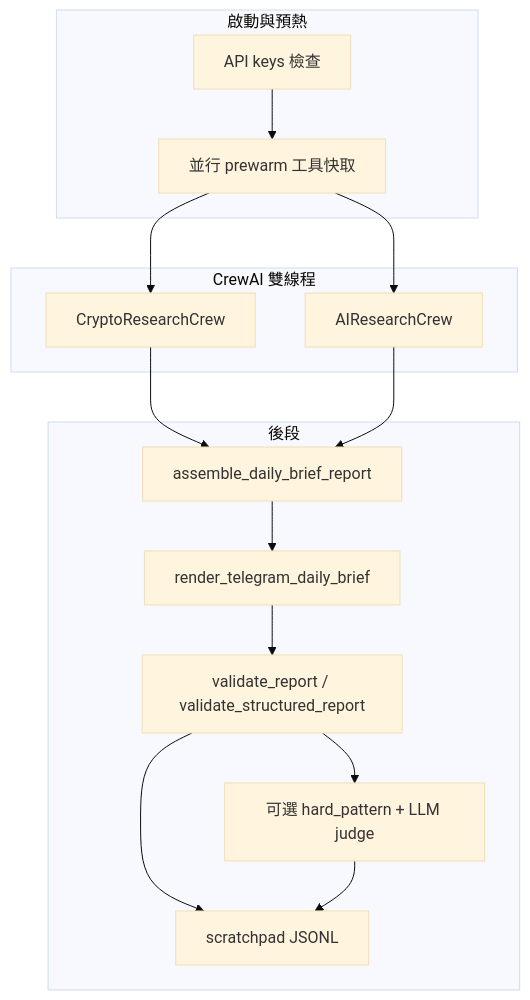
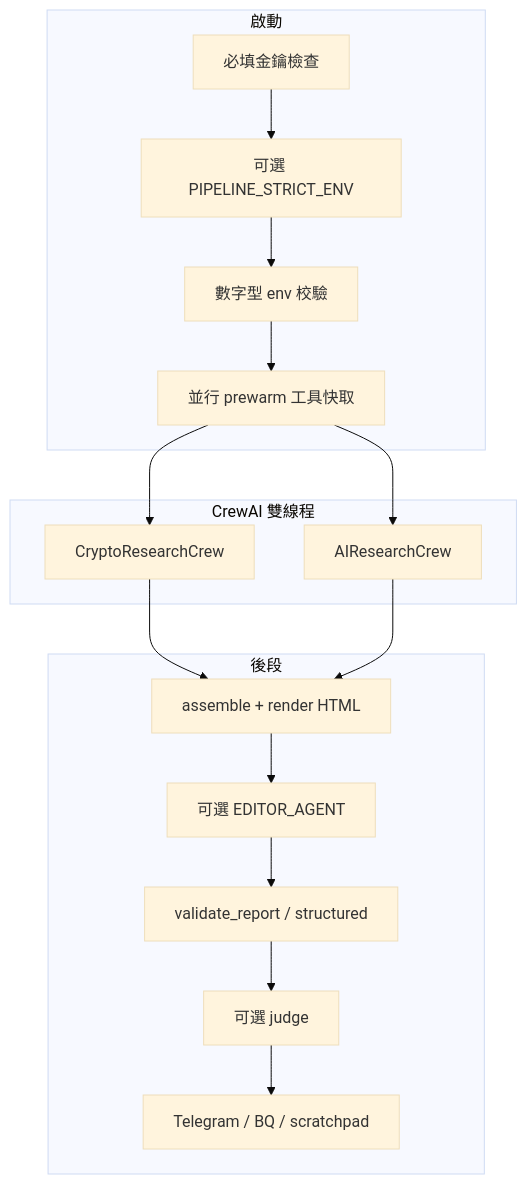
The diagram in README.md (godmosword/my-investment-ai-agent), drawn with Mermaid (base theme) before and after one commit. The commit also changed other lines of this file and 1 other file, not shown here.

````diff
--- a/README.md
+++ b/README.md
@@ -33,28 +66,26 @@
 ```mermaid
 flowchart TB
-  subgraph pre [啟動與預熱]
-    Keys[API keys 檢查]
+  subgraph pre [啟動]
+    Keys[必填金鑰檢查]
+    Strict[可選 PIPELINE_STRICT_ENV]
+    Types[數字型 env 校驗]
     Prewarm[並行 prewarm 工具快取]
   end
   subgraph crews [CrewAI 雙線程]
     Crypto[CryptoResearchCrew]
     AI[AIResearchCrew]
   end
   subgraph post [後段]
-    Assemble[assemble_daily_brief_report]
-    Render[render_telegram_daily_brief]
-    Val[validate_report / validate_structured_report]
-    Judge[可選 hard_pattern + LLM judge]
-    SP[scratchpad JSONL]
+    Asm[assemble + render HTML]
+    Ed[可選 EDITOR_AGENT]
+    Val[validate_report / structured]
+    Judge[可選 judge]
+    Out[Telegram / BQ / scratchpad]
   end
-  Keys --> Prewarm
+  Keys --> Strict --> Types --> Prewarm
   Prewarm --> Crypto
   Prewarm --> AI
-  Crypto --> Assemble
-  AI --> Assemble
-  Assemble --> Render
-  Render --> Val
-  Val --> Judge
-  Val --> SP
-  Judge --> SP
+  Crypto --> Asm
+  AI --> Asm
+  Asm --> Ed --> Val --> Judge --> Out
 ```
````
